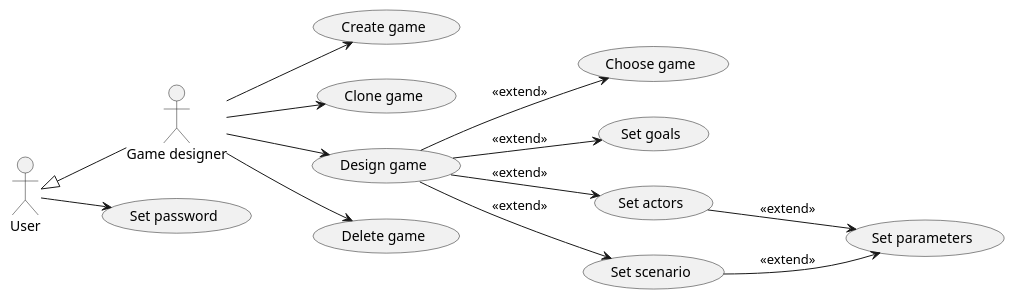
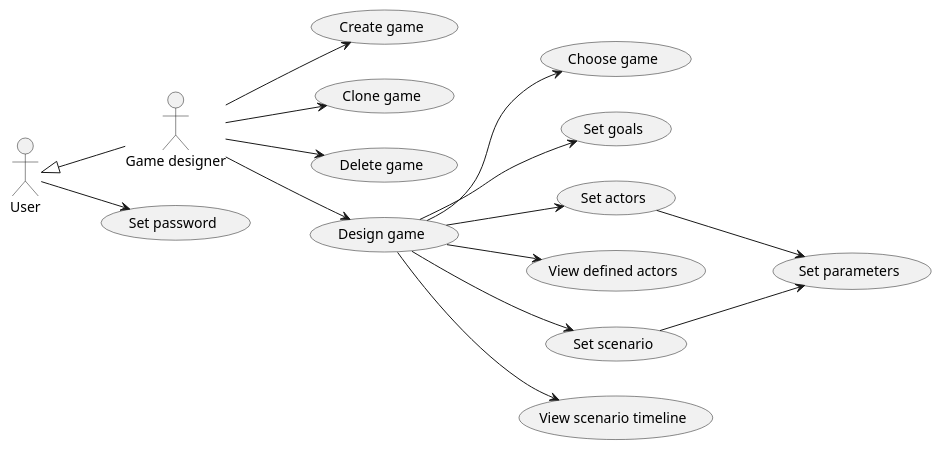
Before and after one commit to averbraeck/gscg-design: the diagram in doc/1-use-cases/diagrams/game-design.puml, drawn with PlantUML. The commit also changed 4 other files, not shown here.

```diff
--- a/doc/1-use-cases/diagrams/game-design.puml
+++ b/doc/1-use-cases/diagrams/game-design.puml
@@ -1,22 +1,25 @@
 @startuml
 left to right direction
 
 "Game designer" as GD
 User <|-- GD
 
 User --> (Set password)
 
 GD --> (Create game)
 
 GD --> (Clone game)
 
+GD --> (Delete game)
+
 GD --> (Design game)
-(Design game) --> (Choose game) : << extend >>
-(Design game) --> (Set goals) : << extend >>
-(Design game) --> (Set actors) : << extend >>
-(Design game) --> (Set scenario) : << extend >>
-(Set scenario) --> (Set parameters) : << extend >>
-(Set actors) --> (Set parameters) : << extend >>
+(Design game) --> (Choose game)
+(Design game) --> (Set goals)
+(Design game) --> (Set actors)
+(Design game) --> (View defined actors)
+(Design game) --> (Set scenario)
+(Design game) --> (View scenario timeline)
+(Set scenario) --> (Set parameters)
+(Set actors) --> (Set parameters)
 
-GD --> (Delete game)
 @enduml
```
